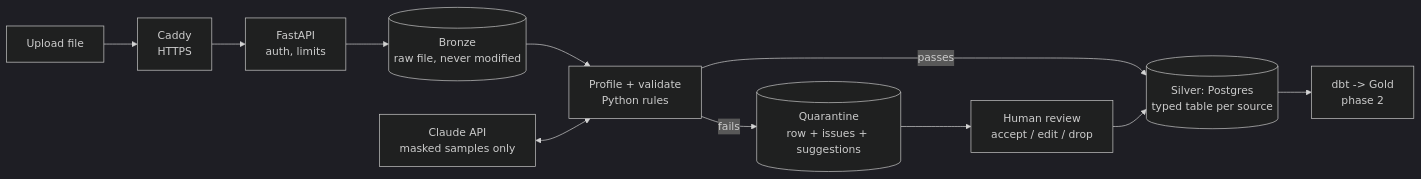
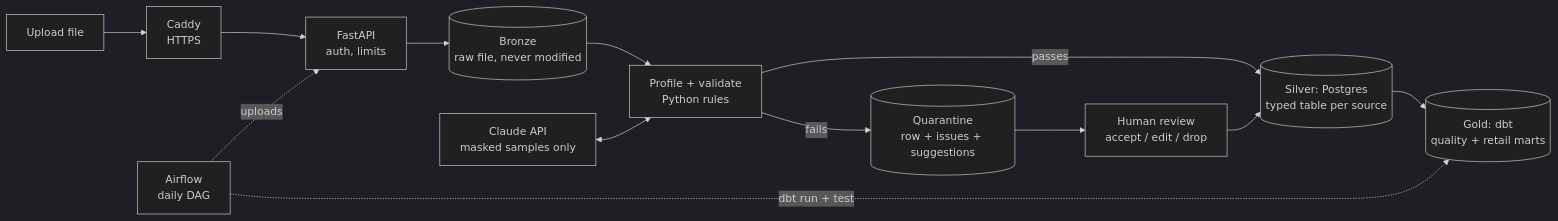
One commit to Bovendiska/smartingest changed the first of 2 diagrams in README.md. Above: the diagram before and after it, drawn with Mermaid (dark theme). The commit also changed other lines of this file and 32 other files, not shown here.

First line of the commit message:
Phase 2: Airflow 3 DAGs and dbt gold layer

````diff
--- a/README.md
+++ b/README.md
@@ -19,12 +20,14 @@
 ```mermaid
 flowchart LR
     U[Upload file] --> CA[Caddy<br/>HTTPS] --> API[FastAPI<br/>auth, limits]
     API --> B[(Bronze<br/>raw file, never modified)]
     B --> V[Profile + validate<br/>Python rules]
     C[Claude API<br/>masked samples only] <--> V
     V -- passes --> S[(Silver: Postgres<br/>typed table per source)]
     V -- fails --> Q[(Quarantine<br/>row + issues + suggestions)]
     Q --> R[Human review<br/>accept / edit / drop]
     R --> S
-    S --> G[dbt -> Gold<br/>phase 2]
+    S --> G[(Gold: dbt<br/>quality + retail marts)]
+    AF[Airflow<br/>daily DAG] -. uploads .-> API
+    AF -. dbt run + test .-> G
 ```
````
